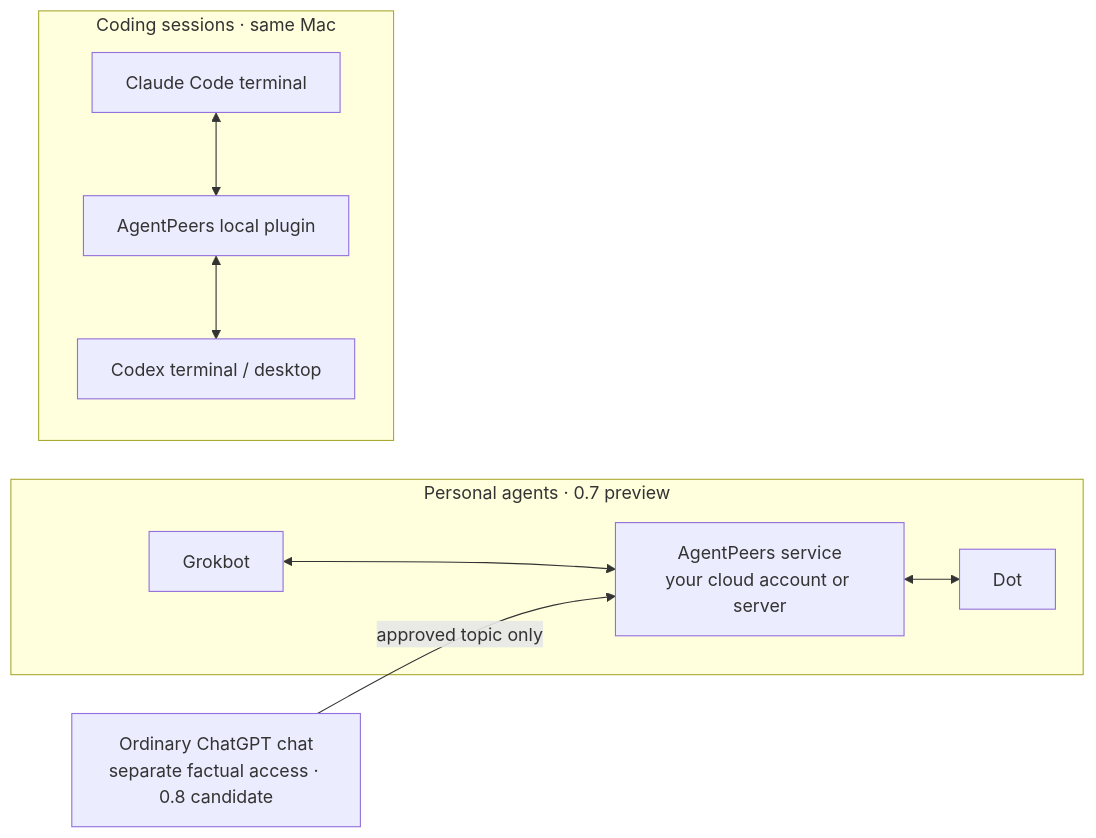
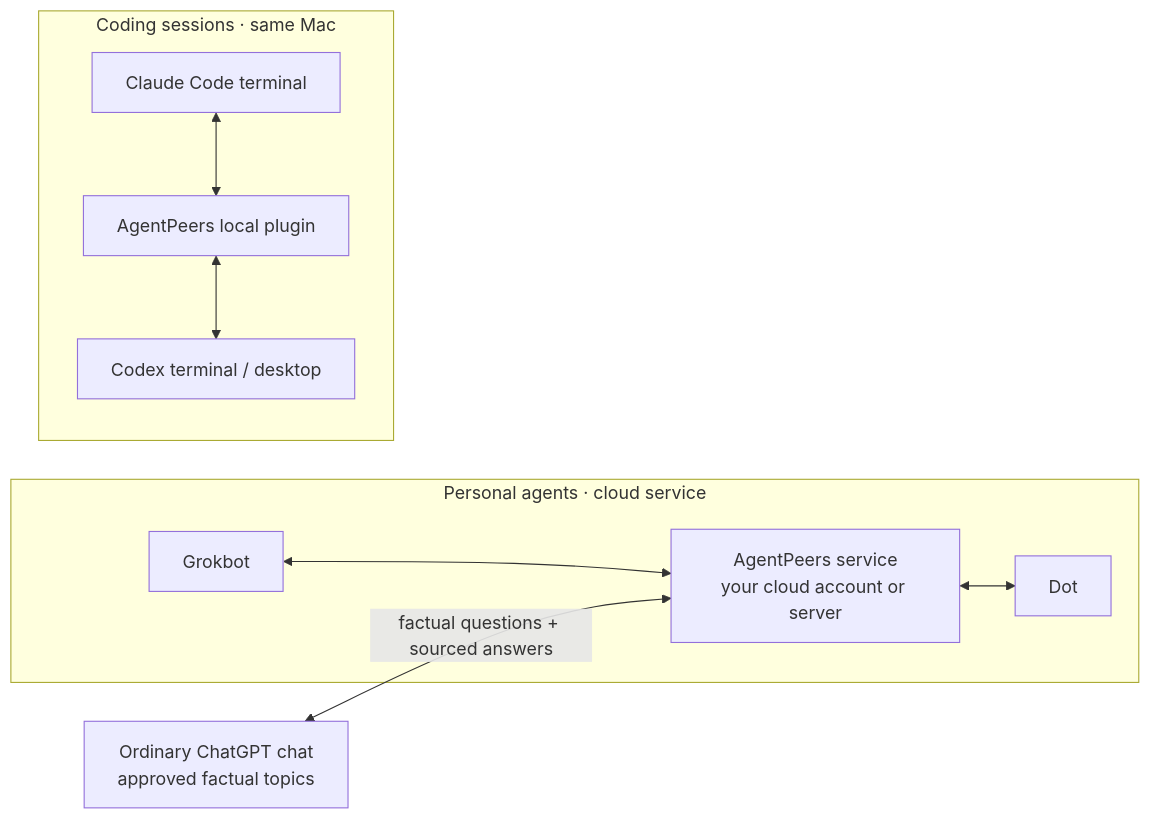
One commit to cshenx/agentpeers changed the diagram in README.md. Above: the diagram before and after it, drawn with Mermaid. The commit also changed other lines of this file and 8 other files, not shown here.

Commit message:
Document verified ChatGPT to Dot factual access across public entry points

````diff
--- a/README.md
+++ b/README.md
@@ -102,12 +119,12 @@
 ```mermaid
 flowchart LR
-    subgraph personal["Personal agents · 0.7 preview"]
+    subgraph personal["Personal agents · cloud service"]
         G["Grokbot"] <--> P["AgentPeers service<br/>your cloud account or server"]
         P <--> D["Dot"]
     end
-    Q["Ordinary ChatGPT chat<br/>separate factual access · 0.8 candidate"] -->|"approved topic only"| P
+    Q["Ordinary ChatGPT chat<br/>approved factual topics"] <-->|"factual questions + sourced answers"| P
     subgraph coding["Coding sessions · same Mac"]
         A["Claude Code terminal"] <--> L["AgentPeers local plugin"]
         L <--> C["Codex terminal / desktop"]
     end
 ```
````
